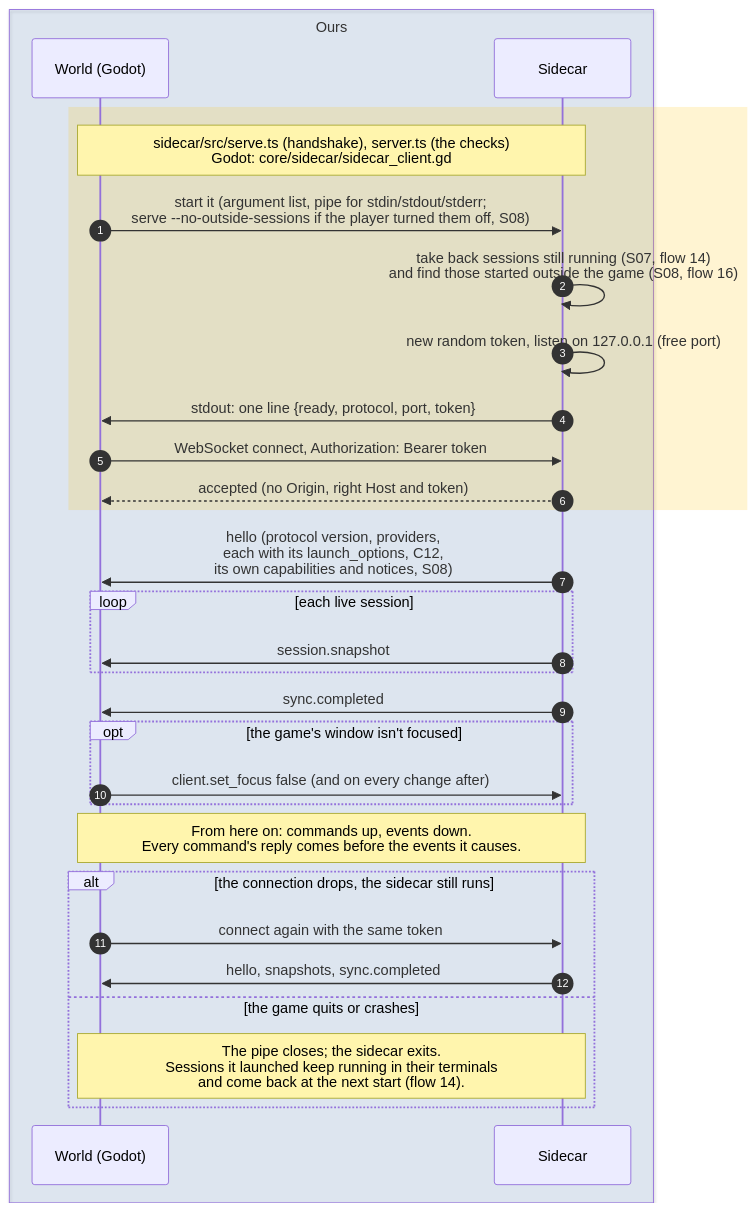
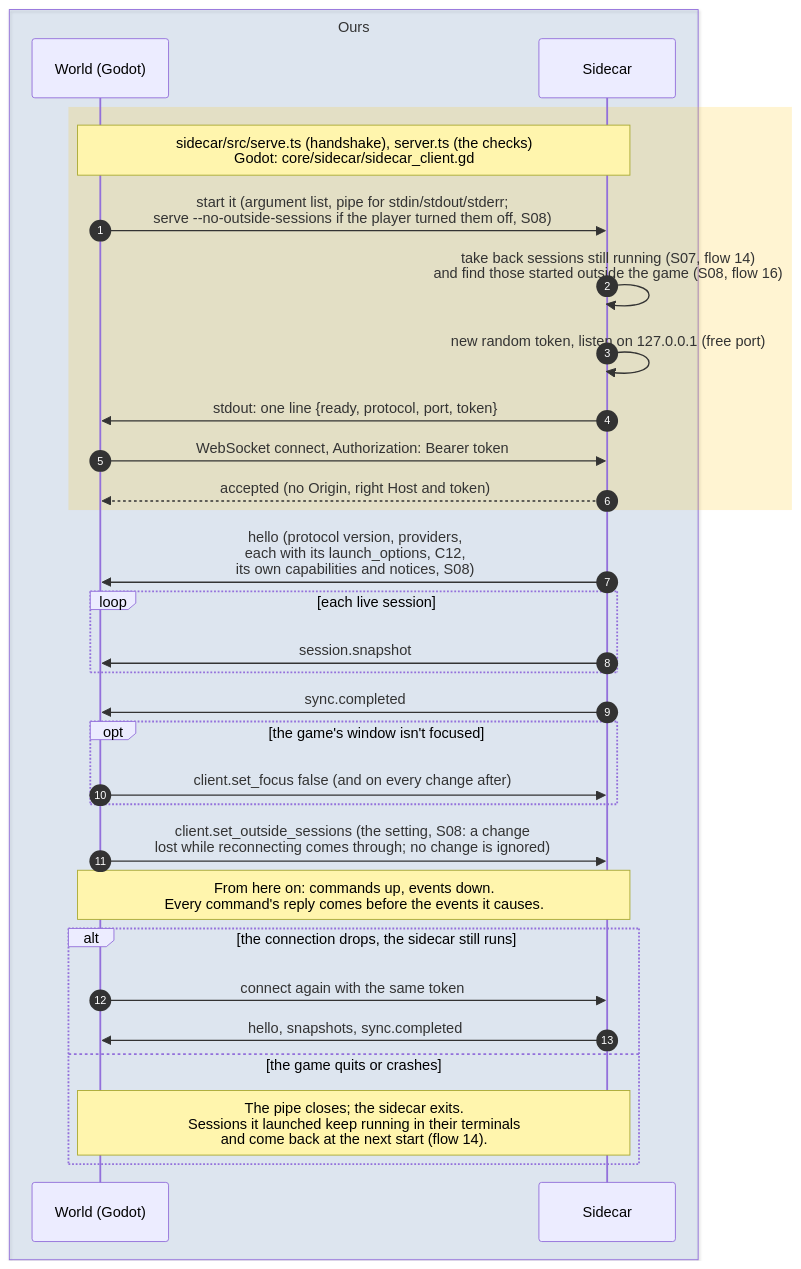
The diagram in docs/diagrams/sequence/00-starting-up.md (PaoloPortugal/The-Beach), drawn with Mermaid before and after one commit. The commit also changed 13 other files, not shown here.

````diff
--- a/docs/diagrams/sequence/00-starting-up.md
+++ b/docs/diagrams/sequence/00-starting-up.md
@@ -7,34 +7,35 @@
 ```mermaid
 sequenceDiagram
     autonumber
 
     box rgba(47,111,191,0.12) Ours
         participant World as World (Godot)
         participant Sidecar
     end
 
     rect rgba(255,193,7,0.18)
         Note over World,Sidecar: sidecar/src/serve.ts (handshake), server.ts (the checks)<br/>Godot: core/sidecar/sidecar_client.gd
         World->>Sidecar: start it (argument list, pipe for stdin/stdout/stderr#59;<br/>serve --no-outside-sessions if the player turned them off, S08)
         Sidecar->>Sidecar: take back sessions still running (S07, flow 14)<br/>and find those started outside the game (S08, flow 16)
         Sidecar->>Sidecar: new random token, listen on 127.0.0.1 (free port)
         Sidecar->>World: stdout: one line {ready, protocol, port, token}
         World->>Sidecar: WebSocket connect, Authorization: Bearer token
         Sidecar-->>World: accepted (no Origin, right Host and token)
     end
     Sidecar->>World: hello (protocol version, providers,<br/>each with its launch_options, C12,<br/>its own capabilities and notices, S08)
     loop each live session
         Sidecar->>World: session.snapshot
     end
     Sidecar->>World: sync.completed
     opt the game's window isn't focused
         World->>Sidecar: client.set_focus false (and on every change after)
     end
+    World->>Sidecar: client.set_outside_sessions (the setting, S08: a change<br/>lost while reconnecting comes through#59; no change is ignored)
     Note over World,Sidecar: From here on: commands up, events down.<br/>Every command's reply comes before the events it causes.
     alt the connection drops, the sidecar still runs
         World->>Sidecar: connect again with the same token
         Sidecar->>World: hello, snapshots, sync.completed
     else the game quits or crashes
         Note over World,Sidecar: The pipe closes#59; the sidecar exits.<br/>Sessions it launched keep running in their terminals<br/>and come back at the next start (flow 14).
     end
 ```
````
